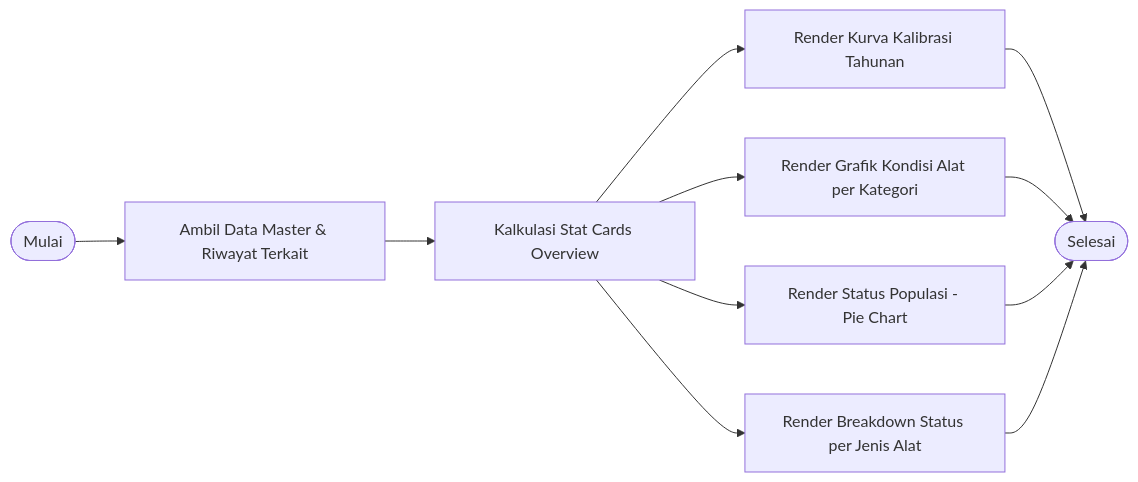
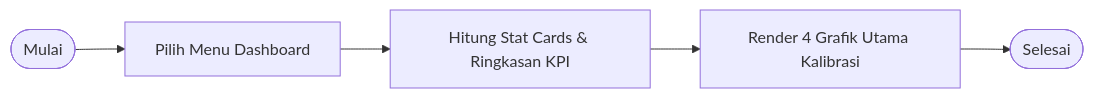
One commit to ebenlimbong/pmn-kalibrasi changed the second of 9 diagrams in bpm_workflow_level_list.md. Above: the diagram before and after it, drawn with Mermaid. The commit also changed other lines of this file and 1 other file, not shown here.

````diff
--- a/bpm_workflow_level_list.md
+++ b/bpm_workflow_level_list.md
@@ -40,10 +35,7 @@
 ```mermaid
 flowchart LR
-    A([Mulai]) --> B[Ambil Data Master & Riwayat Terkait]
-    B --> C[Kalkulasi Stat Cards Overview]
-    C --> D[Render Kurva Kalibrasi Tahunan]
-    C --> E[Render Grafik Kondisi Alat per Kategori]
-    C --> F[Render Status Populasi - Pie Chart]
-    C --> G[Render Breakdown Status per Jenis Alat]
-    D & E & F & G --> H([Selesai])
+    A([Mulai]) --> B[Pilih Menu Dashboard]
+    B --> C[Hitung Stat Cards & Ringkasan KPI]
+    C --> D[Render 4 Grafik Utama Kalibrasi]
+    D --> E([Selesai])
 ```
````
